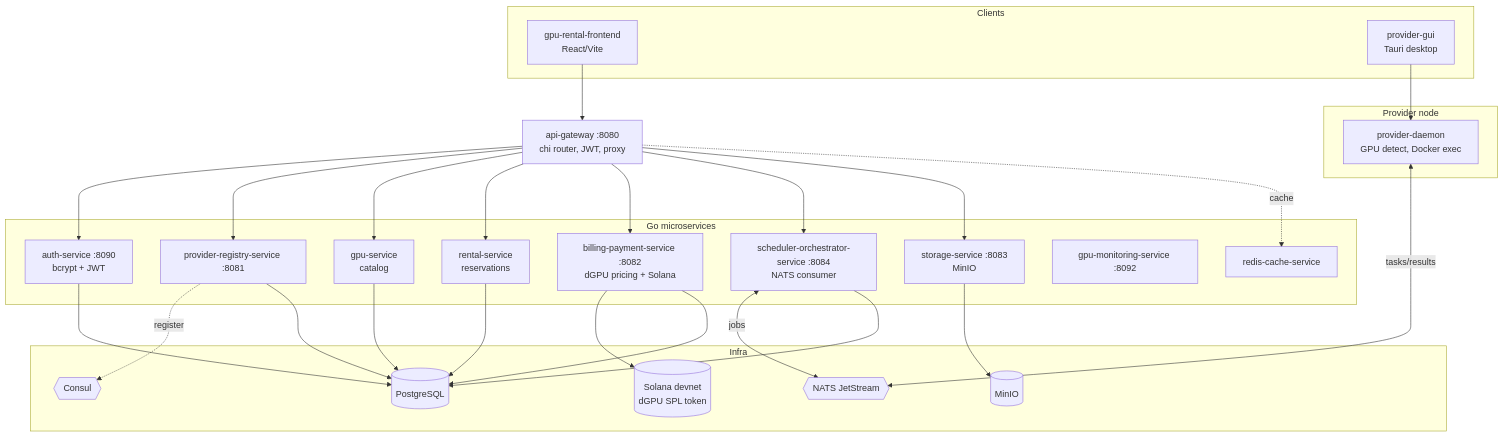
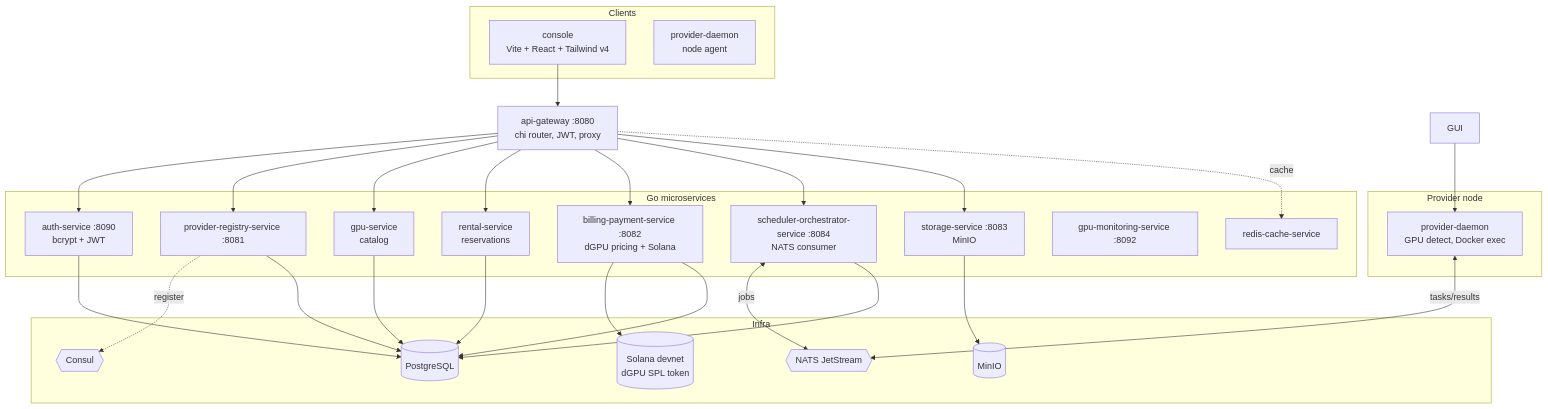
One commit to dante-gpu/dantegpu-core changed the diagram in README.md. Above: the diagram before and after it, drawn with Mermaid. The commit also changed other lines of this file and 104 other files, not shown here.

````diff
--- a/README.md
+++ b/README.md
@@ -40,44 +40,44 @@
 ```mermaid
 flowchart TD
     subgraph Clients
-      FE[gpu-rental-frontend<br/>React/Vite]
-      GUI[provider-gui<br/>Tauri desktop]
+      FE[console<br/>Vite + React + Tailwind v4]
+      DAEMON_C[provider-daemon<br/>node agent]
     end
 
     GW[api-gateway :8080<br/>chi router, JWT, proxy]
 
     subgraph Services[Go microservices]
       AUTH[auth-service :8090<br/>bcrypt + JWT]
       REG[provider-registry-service :8081]
       GPU[gpu-service<br/>catalog]
       RENT[rental-service<br/>reservations]
       BILL[billing-payment-service :8082<br/>dGPU pricing + Solana]
       SCHED[scheduler-orchestrator-service :8084<br/>NATS consumer]
       STOR[storage-service :8083<br/>MinIO]
       MON[gpu-monitoring-service :8092]
       CACHE[redis-cache-service]
     end
 
     subgraph Provider node
       DAEMON[provider-daemon<br/>GPU detect, Docker exec]
     end
 
     subgraph Infra
       PG[(PostgreSQL)]
       NATS{{NATS JetStream}}
       CONSUL{{Consul}}
       MINIO[(MinIO)]
       SOL[(Solana devnet<br/>dGPU SPL token)]
     end
 
     FE --> GW
     GUI --> DAEMON
     GW --> AUTH & REG & GPU & RENT & BILL & SCHED & STOR
     SCHED <-->|jobs| NATS
     DAEMON <-->|tasks/results| NATS
     REG -. register .-> CONSUL
     BILL --> SOL
     AUTH & REG & GPU & RENT & BILL & SCHED --> PG
     STOR --> MINIO
     GW -. cache .-> CACHE
 ```
````
